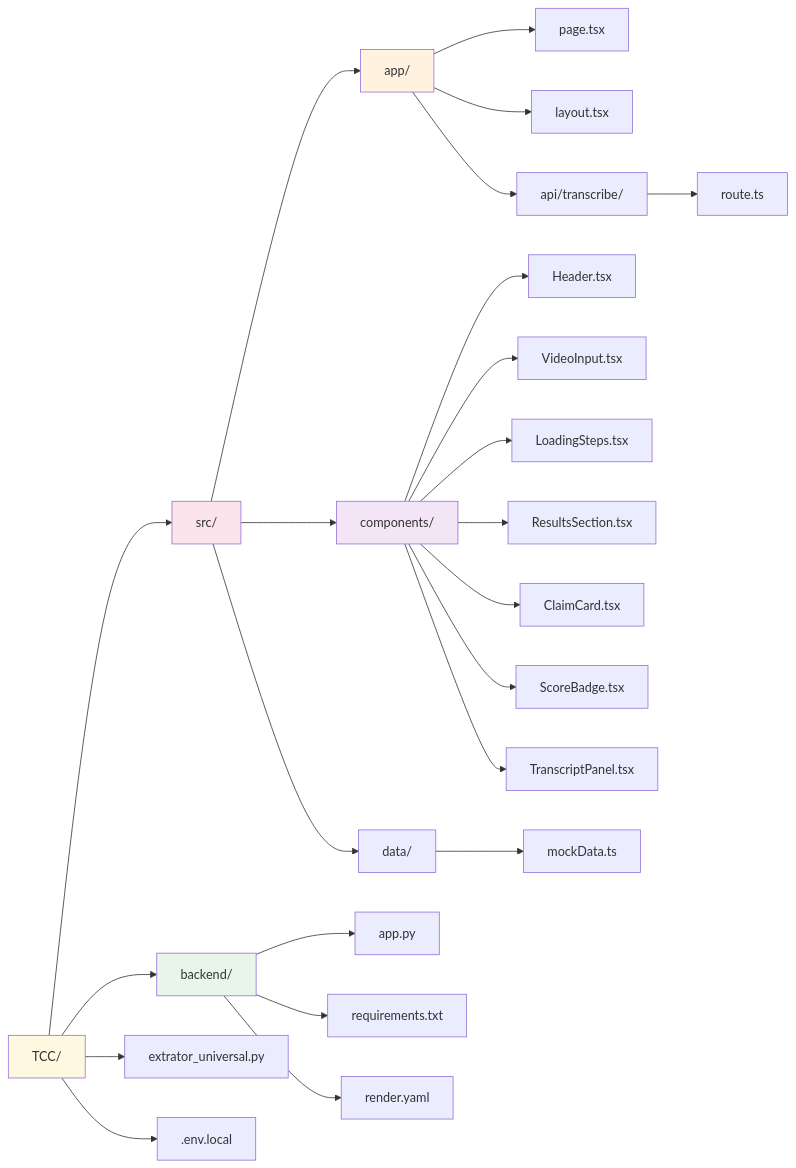
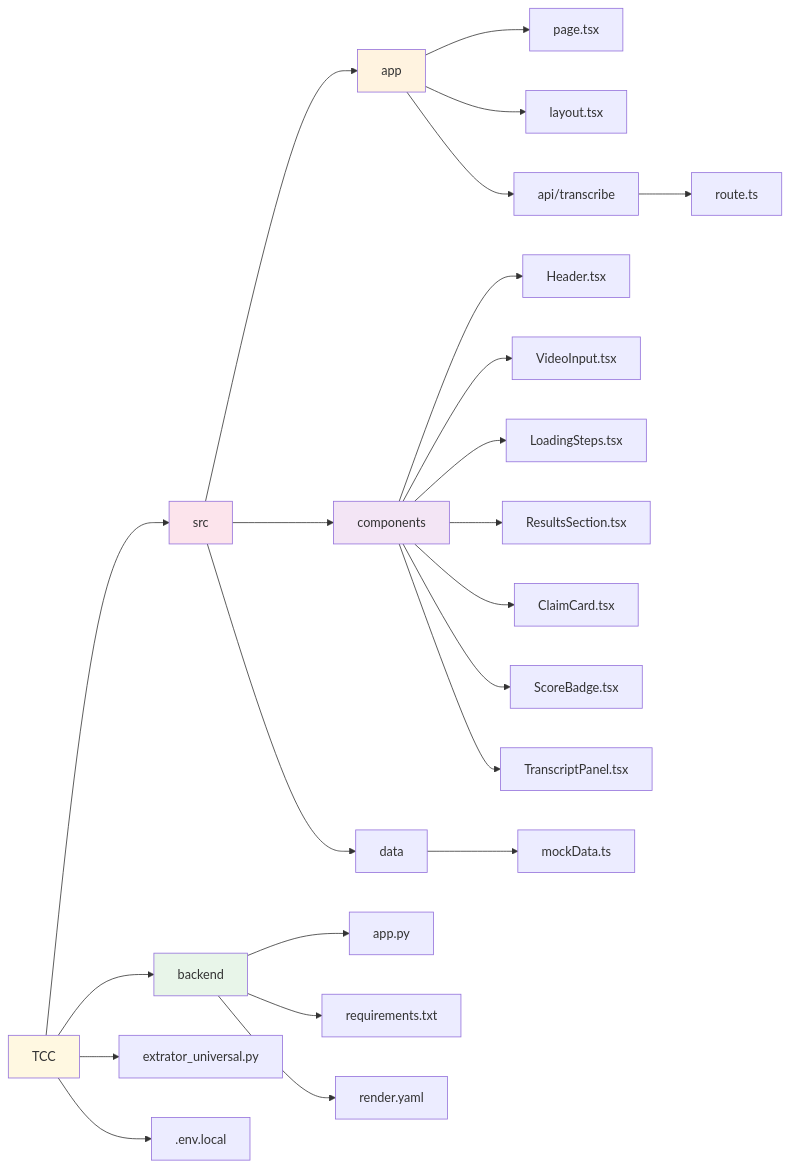
The third of 7 diagrams in DIAGRAMA.md (matheussvml/TCC), drawn with Mermaid before and after one commit. The commit also changed other lines of this file, not shown here.

Commit message:
diagrama

````diff
--- a/DIAGRAMA.md
+++ b/DIAGRAMA.md
@@ -81,36 +81,36 @@
 ```mermaid
 flowchart LR
-    Root[TCC/] --> Front[src/]
-    Root --> Back[backend/]
-    Root --> Script[extrator_universal.py]
-    Root --> Env[.env.local]
+    Root["TCC"] --> Front["src"]
+    Root --> Back["backend"]
+    Root --> Script["extrator_universal.py"]
+    Root --> Env[".env.local"]
 
-    Front --> AppDir[app/]
-    Front --> Comp[components/]
-    Front --> Data[data/]
+    Front --> AppDir["app"]
+    Front --> Comp["components"]
+    Front --> Data["data"]
 
-    AppDir --> Page[page.tsx]
-    AppDir --> Layout[layout.tsx]
-    AppDir --> APIDir[api/transcribe/]
-    APIDir --> Route[route.ts]
+    AppDir --> Page["page.tsx"]
+    AppDir --> Layout["layout.tsx"]
+    AppDir --> APIDir["api/transcribe"]
+    APIDir --> Route["route.ts"]
 
-    Comp --> Header[Header.tsx]
-    Comp --> VInput[VideoInput.tsx]
-    Comp --> Loading[LoadingSteps.tsx]
-    Comp --> Results[ResultsSection.tsx]
-    Comp --> Claim[ClaimCard.tsx]
-    Comp --> Score[ScoreBadge.tsx]
-    Comp --> Trans[TranscriptPanel.tsx]
+    Comp --> Header["Header.tsx"]
+    Comp --> VInput["VideoInput.tsx"]
+    Comp --> Loading["LoadingSteps.tsx"]
+    Comp --> Results["ResultsSection.tsx"]
+    Comp --> Claim["ClaimCard.tsx"]
+    Comp --> Score["ScoreBadge.tsx"]
+    Comp --> Trans["TranscriptPanel.tsx"]
 
-    Data --> Mock[mockData.ts]
+    Data --> Mock["mockData.ts"]
 
-    Back --> AppPy[app.py]
-    Back --> Req[requirements.txt]
-    Back --> Render[render.yaml]
+    Back --> AppPy["app.py"]
+    Back --> Req["requirements.txt"]
+    Back --> Render["render.yaml"]
 
     style Root fill:#fff8e1
     style Front fill:#fce4ec
     style Back fill:#e8f5e9
     style AppDir fill:#fff3e0
     style Comp fill:#f3e5f5
 ```
````
